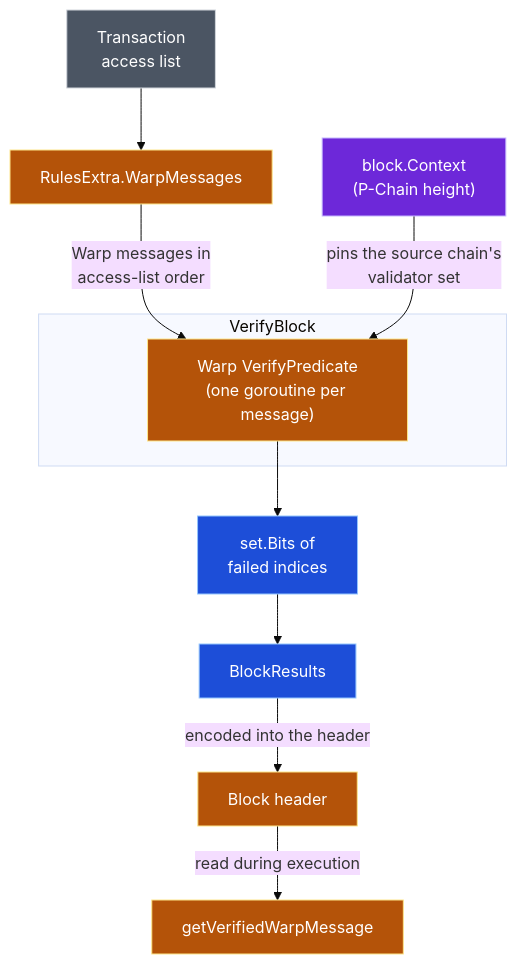
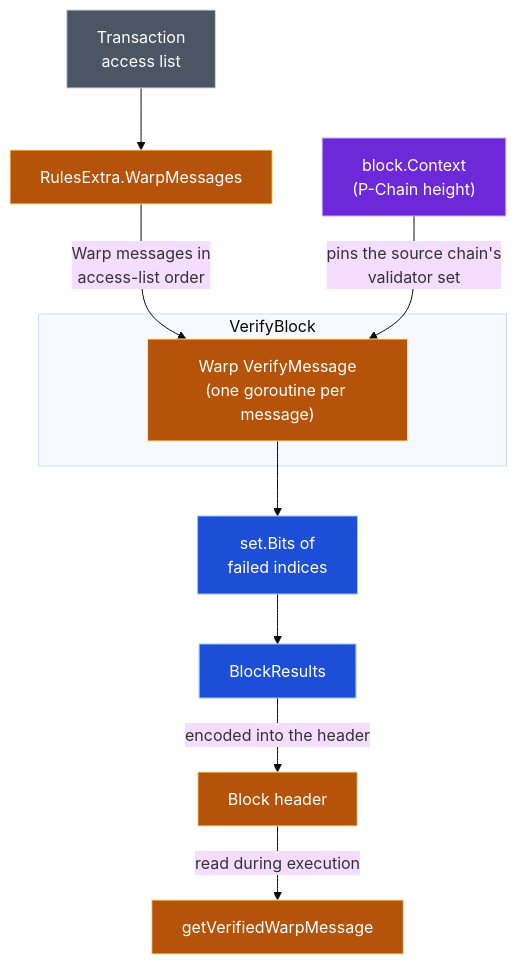
Before and after one commit to ava-labs/avalanchego: the third of 3 diagrams in vms/saevm/cchain/warp/README.md, drawn with Mermaid (base theme). The commit also changed other lines of this file and 60 other files, not shown here.

Commit message:
refactor(evm): finish Warp message API in warpmsg

````diff
--- a/vms/saevm/cchain/warp/README.md
+++ b/vms/saevm/cchain/warp/README.md
@@ -122,26 +122,26 @@
 ```mermaid
 flowchart TD
     tx["Transaction<br/>access list"]:::ext
     fal["RulesExtra.WarpMessages"]:::evm
     bctx["block.Context<br/>(P-Chain height)"]:::plat
     bits["set.Bits of<br/>failed indices"]:::pkg
     res["BlockResults"]:::pkg
     hdr["Block header"]:::evm
     gvm["getVerifiedWarpMessage"]:::evm
 
     subgraph VB["VerifyBlock"]
-        vp["Warp VerifyPredicate<br/>(one goroutine per message)"]:::evm
+        vp["Warp VerifyMessage<br/>(one goroutine per message)"]:::evm
     end
 
     tx --> fal
     fal -->|"Warp messages in<br/>access-list order"| vp
     bctx -->|"pins the source chain's<br/>validator set"| vp
     vp --> bits --> res
     res -->|"encoded into the header"| hdr
     hdr -->|"read during execution"| gvm
 
     classDef pkg fill:#1d4ed8,stroke:#93c5fd,color:#fff
     classDef evm fill:#b45309,stroke:#fde68a,color:#fff
     classDef plat fill:#6d28d9,stroke:#c4b5fd,color:#fff
     classDef ext fill:#4b5563,stroke:#d1d5db,color:#fff
 ```
````
